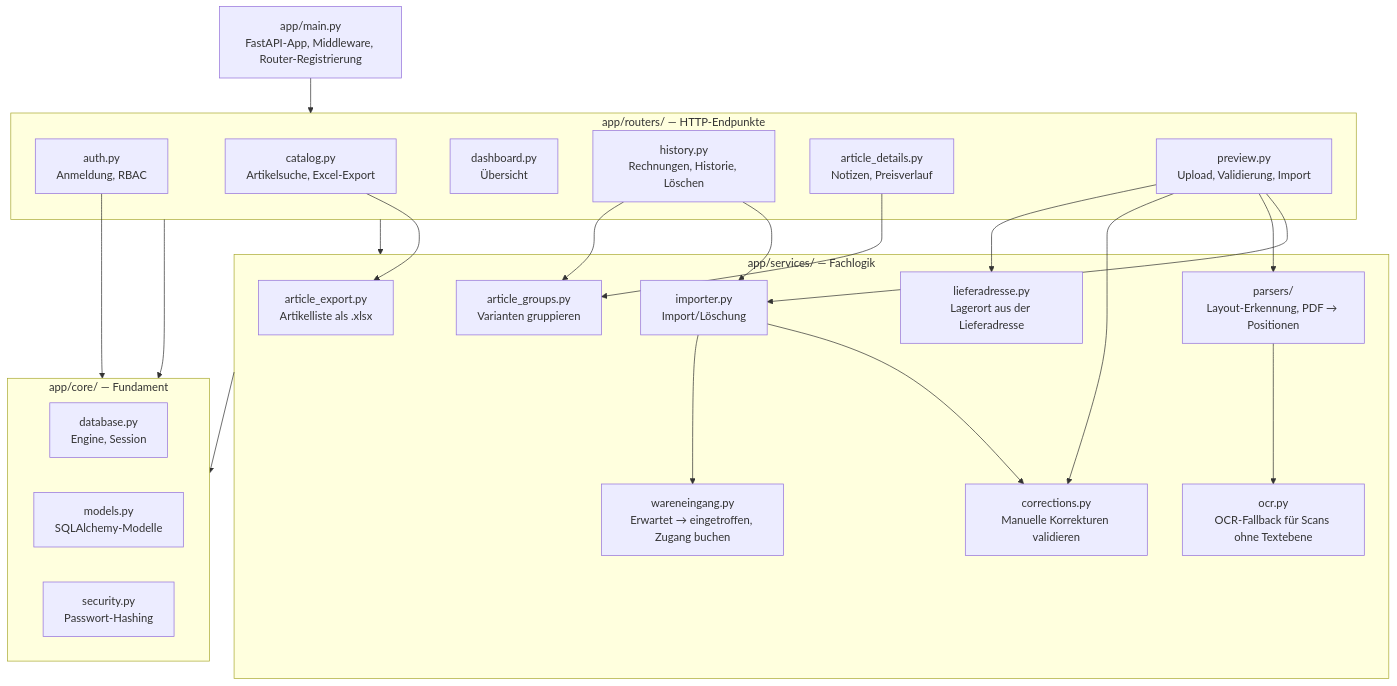
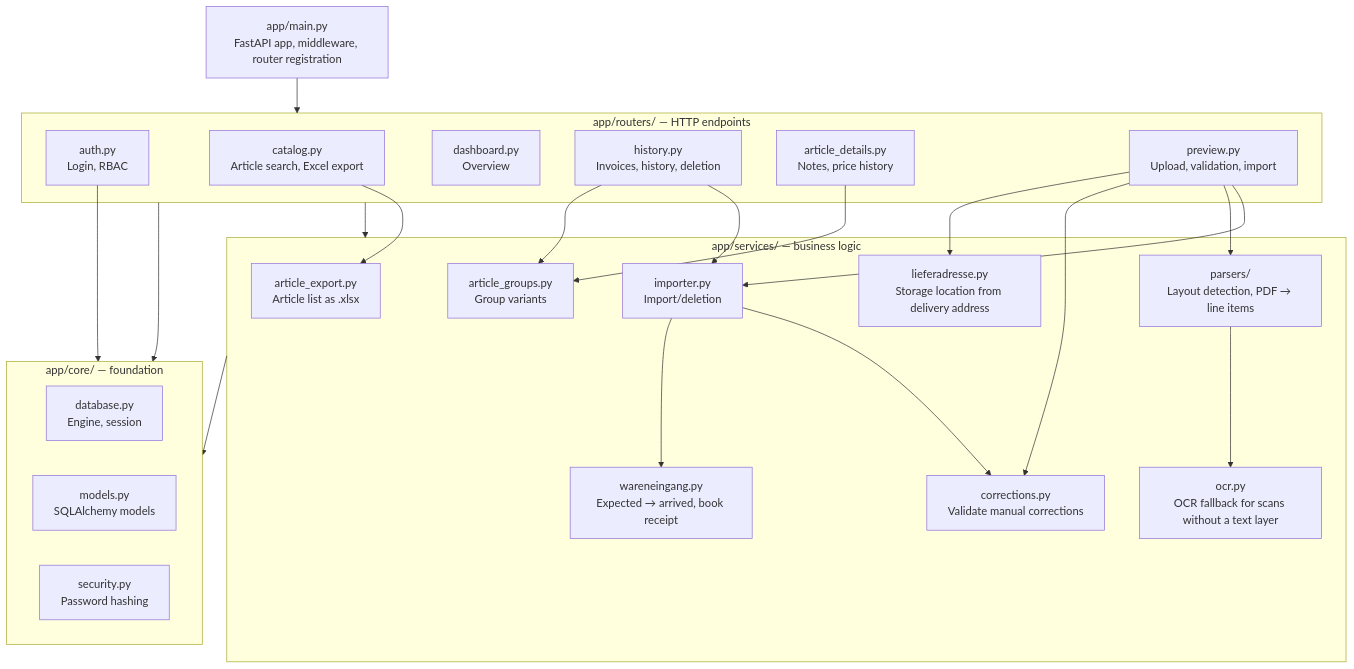
One commit to FreaXz03/sportfabrik-inventory changed the first of 2 diagrams in docs/architektur.md. Above: the diagram before and after it, drawn with Mermaid. The commit also changed other lines of this file and 17 other files, not shown here.

````diff
--- a/docs/architektur.md
+++ b/docs/architektur.md
@@ -8,44 +8,44 @@
 ```mermaid
 flowchart TB
-    main["app/main.py<br/>FastAPI-App, Middleware, Router-Registrierung"]
-    subgraph routers["app/routers/ — HTTP-Endpunkte"]
-        auth["auth.py<br/>Anmeldung, RBAC"]
-        catalog["catalog.py<br/>Artikelsuche, Excel-Export"]
-        dashboard["dashboard.py<br/>Übersicht"]
-        history["history.py<br/>Rechnungen, Historie, Löschen"]
-        article_details["article_details.py<br/>Notizen, Preisverlauf"]
-        preview["preview.py<br/>Upload, Validierung, Import"]
+    main["app/main.py<br/>FastAPI app, middleware, router registration"]
+    subgraph routers["app/routers/ — HTTP endpoints"]
+        auth["auth.py<br/>Login, RBAC"]
+        catalog["catalog.py<br/>Article search, Excel export"]
+        dashboard["dashboard.py<br/>Overview"]
+        history["history.py<br/>Invoices, history, deletion"]
+        article_details["article_details.py<br/>Notes, price history"]
+        preview["preview.py<br/>Upload, validation, import"]
     end
-    subgraph services["app/services/ — Fachlogik"]
-        importer["importer.py<br/>Import/Löschung"]
-        lieferadresse["lieferadresse.py<br/>Lagerort aus der Lieferadresse"]
-        wareneingang["wareneingang.py<br/>Erwartet → eingetroffen, Zugang buchen"]
-        parser["parsers/<br/>Layout-Erkennung, PDF → Positionen"]
-        ocr["ocr.py<br/>OCR-Fallback für Scans ohne Textebene"]
-        corrections["corrections.py<br/>Manuelle Korrekturen validieren"]
-        article_groups["article_groups.py<br/>Varianten gruppieren"]
-        article_export["article_export.py<br/>Artikelliste als .xlsx"]
+    subgraph services["app/services/ — business logic"]
+        importer["importer.py<br/>Import/deletion"]
+        lieferadresse["lieferadresse.py<br/>Storage location from delivery address"]
+        wareneingang["wareneingang.py<br/>Expected → arrived, book receipt"]
+        parser["parsers/<br/>Layout detection, PDF → line items"]
+        ocr["ocr.py<br/>OCR fallback for scans without a text layer"]
+        corrections["corrections.py<br/>Validate manual corrections"]
+        article_groups["article_groups.py<br/>Group variants"]
+        article_export["article_export.py<br/>Article list as .xlsx"]
     end
-    subgraph core["app/core/ — Fundament"]
-        database["database.py<br/>Engine, Session"]
-        models["models.py<br/>SQLAlchemy-Modelle"]
-        security["security.py<br/>Passwort-Hashing"]
+    subgraph core["app/core/ — foundation"]
+        database["database.py<br/>Engine, session"]
+        models["models.py<br/>SQLAlchemy models"]
+        security["security.py<br/>Password hashing"]
     end
 
     main --> routers
     routers --> services
     routers --> core
     services --> core
     auth --> core
     preview --> importer
     preview --> parser
     preview --> corrections
     preview --> lieferadresse
     importer --> corrections
     importer --> wareneingang
     parser --> ocr
     history --> importer
     history --> article_groups
     article_details --> article_groups
     catalog --> article_export
 ```
````
